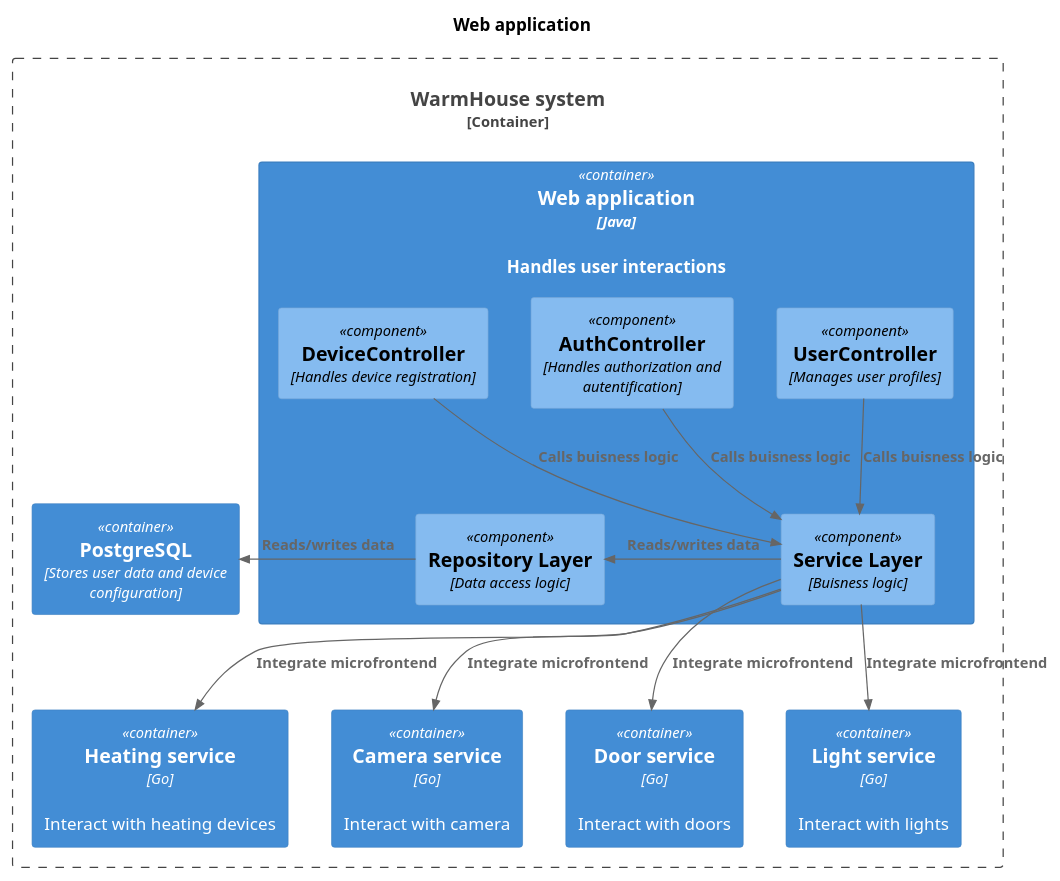
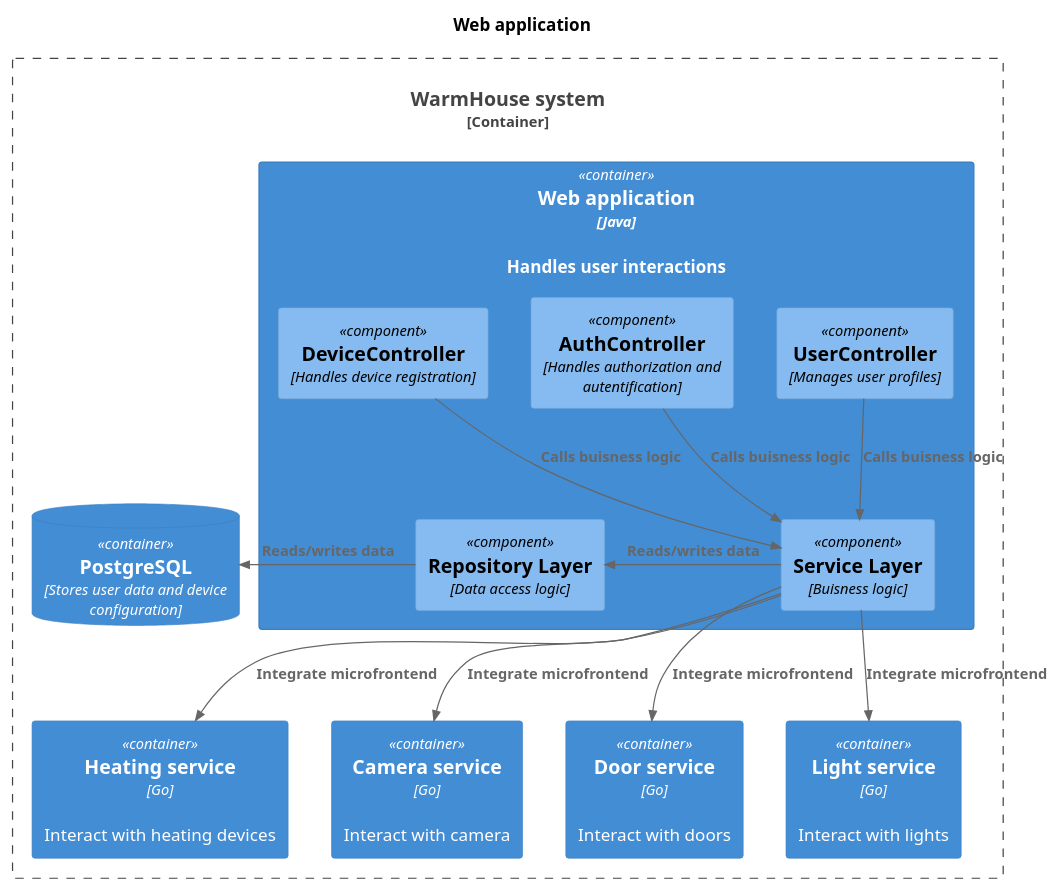
One commit to mikhel1984/architecture-warmhouse changed the diagram in diagrams/component/c4_web_application.puml. Above: the diagram before and after it, drawn with PlantUML. The commit also changed 2 other files, not shown here.

```diff
--- a/diagrams/component/c4_web_application.puml
+++ b/diagrams/component/c4_web_application.puml
@@ -1,42 +1,42 @@
 @startuml WarmHouse_component_web
 
 title Web application
 
 top to bottom direction
 
 !includeurl https://raw.githubusercontent.com/RicardoNiepel/C4-PlantUML/master/C4_Component.puml
 
 Container_Boundary(WarmHouseSystem, "WarmHouse system") {
     Container(WebApp, "Web application", "Java", "Handles user interactions")
-    Container(Database, "PostgreSQL", "Stores user data and device configuration")
+    ContainerDb(Database, "PostgreSQL", "Stores user data and device configuration")
     Container(TemperatureService, "Heating service", "Go", "Interact with heating devices")
     Container(CameraService, "Camera service", "Go", "Interact with camera")
     Container(DoorService, "Door service", "Go", "Interact with doors")
     Container(LightService, "Light service", "Go", "Interact with lights")
  
 }
 
 Container(WebApp, "Web application", "Go") {
     Component(UserController, "UserController", "Manages user profiles")
     Component(AuthController, "AuthController", "Handles authorization and autentification")
     Component(DeviceController, "DeviceController", "Handles device registration")
     Component(ServiceLayer, "Service Layer", "Buisness logic")
     Component(RepositoryLayer, "Repository Layer", "Data access logic")
     
 }
 
 Rel(UserController, ServiceLayer, "Calls buisness logic")
 Rel(AuthController, ServiceLayer, "Calls buisness logic")
 Rel(DeviceController, ServiceLayer, "Calls buisness logic")
 Rel_L(ServiceLayer, RepositoryLayer, "Reads/writes data")
 
 Rel(ServiceLayer, TemperatureService, "Integrate microfrontend")
 Rel(ServiceLayer, CameraService, "Integrate microfrontend")
 Rel(ServiceLayer, DoorService, "Integrate microfrontend")
 Rel(ServiceLayer, LightService, "Integrate microfrontend")
 
 Rel_L(RepositoryLayer, Database, "Reads/writes data")
 
 
 
 @enduml
```
